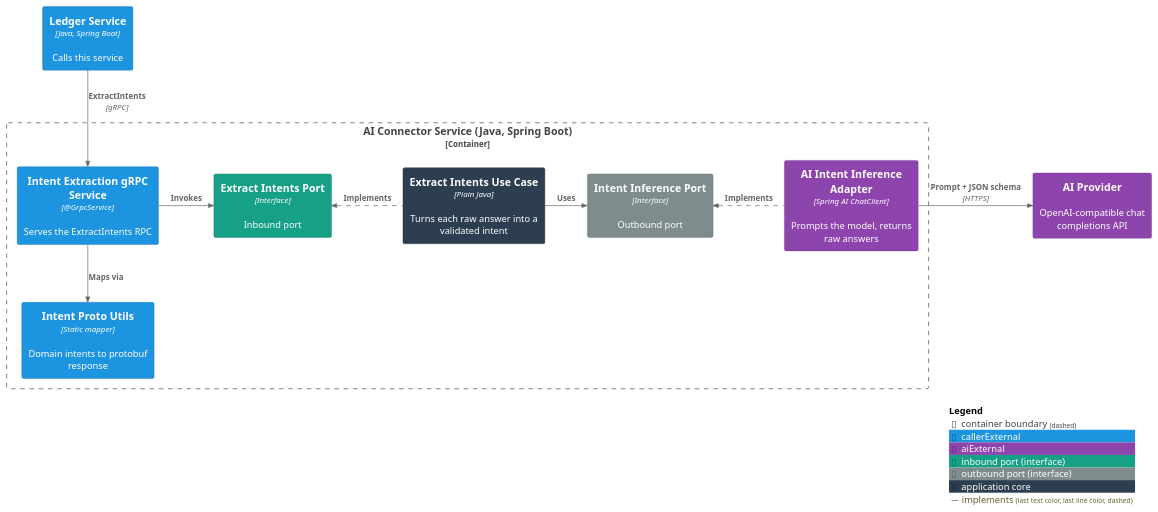
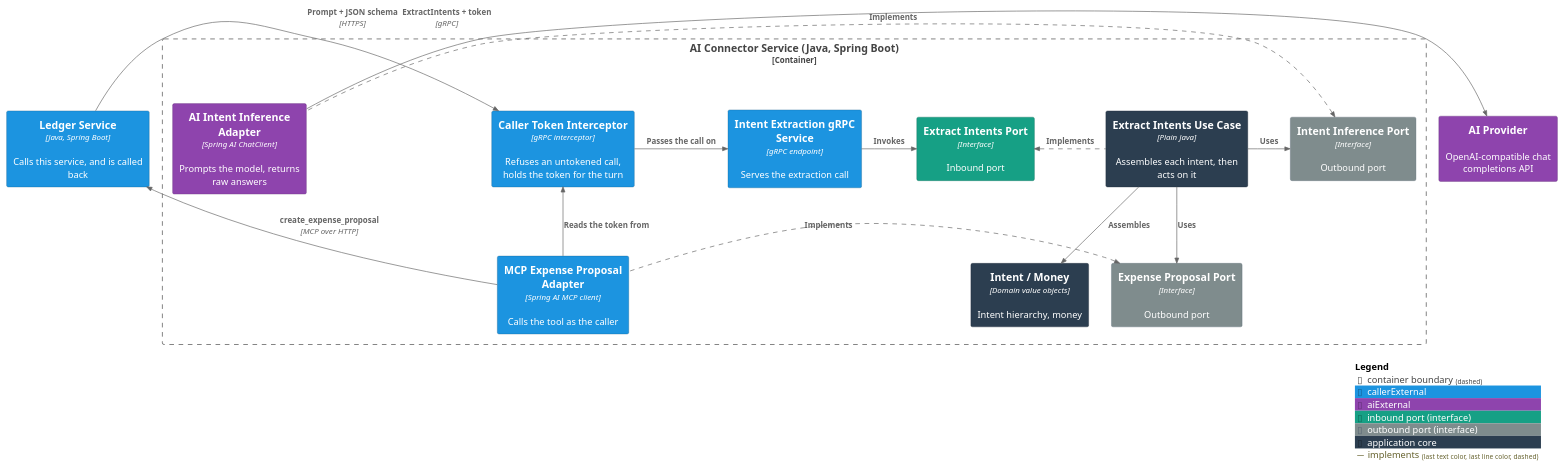
One commit to ds-usova/finance-bot changed the first of 2 diagrams in ai-connector-service/docs/usecases/extract-intents.md. Above: the diagram before and after it, drawn with PlantUML. The commit also changed other lines of this file and 20 other files, not shown here.

Commit message:
Documentation: record the message-to-proposal turn and the ledger callback contract

````diff
--- a/ai-connector-service/docs/usecases/extract-intents.md
+++ b/ai-connector-service/docs/usecases/extract-intents.md
@@ -58,36 +67,48 @@
 ```plantuml
 @startuml C3-Component-ExtractIntents
 !include <C4/C4_Component>
 
 AddElementTag("callerExternal", $bgColor="#1c94e0", $fontColor="#ffffff", $borderColor="#125d8c")
 AddElementTag("aiExternal", $bgColor="#8e44ad", $fontColor="#ffffff", $borderColor="#5f2f74")
 AddElementTag("portIn", $bgColor="#16a085", $fontColor="#ffffff", $borderColor="#0e6655", $legendText="inbound port (interface)")
 AddElementTag("portOut", $bgColor="#7f8c8d", $fontColor="#ffffff", $borderColor="#566573", $legendText="outbound port (interface)")
 AddElementTag("core", $bgColor="#2c3e50", $fontColor="#ffffff", $borderColor="#1b2631", $legendText="application core")
+
 AddRelTag("implements", $lineStyle="dashed")
 
-Container(ledger, "Ledger Service", "Java, Spring Boot", "Calls this service", $tags="callerExternal")
+Container(ledger, "Ledger Service", "Java, Spring Boot", "Calls this service, and is called back", $tags="callerExternal")
 System_Ext(aiProvider, "AI Provider", "OpenAI-compatible chat completions API", $tags="aiExternal")
 
 Container_Boundary(aiConnector, "AI Connector Service (Java, Spring Boot)") {
-  Component(grpcService, "Intent Extraction gRPC Service", "@GrpcService", "Serves the ExtractIntents RPC", $tags="callerExternal")
-  Component(protoUtils, "Intent Proto Utils", "Static mapper", "Domain intents to protobuf response", $tags="callerExternal")
+  Component(tokenInterceptor, "Caller Token Interceptor", "gRPC interceptor", "Refuses an untokened call, holds the token for the turn", $tags="callerExternal")
+  Component(grpcService, "Intent Extraction gRPC Service", "gRPC endpoint", "Serves the extraction call", $tags="callerExternal")
   Component(extractIntentsPort, "Extract Intents Port", "Interface", "Inbound port", $tags="portIn")
-  Component(useCase, "Extract Intents Use Case", "Plain Java", "Turns each raw answer into a validated intent", $tags="core")
+  Component(useCase, "Extract Intents Use Case", "Plain Java", "Assembles each intent, then acts on it", $tags="core")
+  Component(intent, "Intent / Money", "Domain value objects", "Intent hierarchy, money", $tags="core")
 
   Component(inferencePort, "Intent Inference Port", "Interface", "Outbound port", $tags="portOut")
+  Component(proposalPort, "Expense Proposal Port", "Interface", "Outbound port", $tags="portOut")
   Component(aiAdapter, "AI Intent Inference Adapter", "Spring AI ChatClient", "Prompts the model, returns raw answers", $tags="aiExternal")
+  Component(mcpAdapter, "MCP Expense Proposal Adapter", "Spring AI MCP client", "Calls the tool as the caller", $tags="callerExternal")
 }
 
-Rel(ledger, grpcService, "ExtractIntents", "gRPC")
+Rel_R(ledger, tokenInterceptor, "ExtractIntents + token", "gRPC")
+Rel_R(tokenInterceptor, grpcService, "Passes the call on")
 Rel_R(grpcService, extractIntentsPort, "Invokes")
-Rel_D(grpcService, protoUtils, "Maps via")
 Rel_L(useCase, extractIntentsPort, "Implements", $tags="implements")
+Rel_D(useCase, intent, "Assembles")
 
 Rel_R(useCase, inferencePort, "Uses")
+Rel_R(useCase, proposalPort, "Uses")
 Rel_L(aiAdapter, inferencePort, "Implements", $tags="implements")
+Rel_L(mcpAdapter, proposalPort, "Implements", $tags="implements")
 Rel_R(aiAdapter, aiProvider, "Prompt + JSON schema", "HTTPS")
+Rel_D(mcpAdapter, tokenInterceptor, "Reads the token from")
+Rel_L(mcpAdapter, ledger, "create_expense_proposal", "MCP over HTTP")
+
+Lay_D(inferencePort, proposalPort)
+Lay_D(aiAdapter, mcpAdapter)
 
 SHOW_LEGEND()
 @enduml
 ```
````
